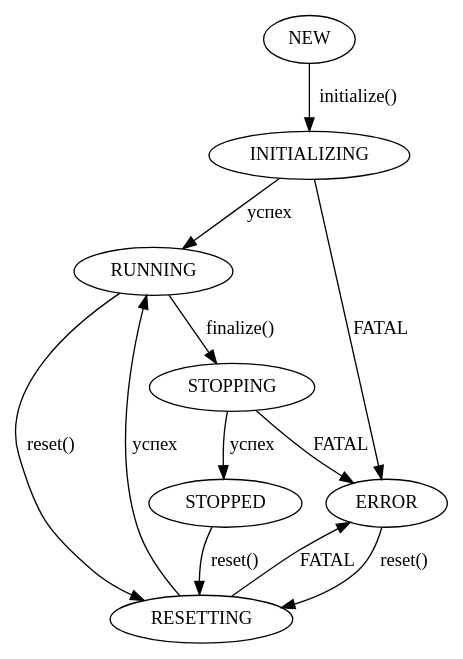
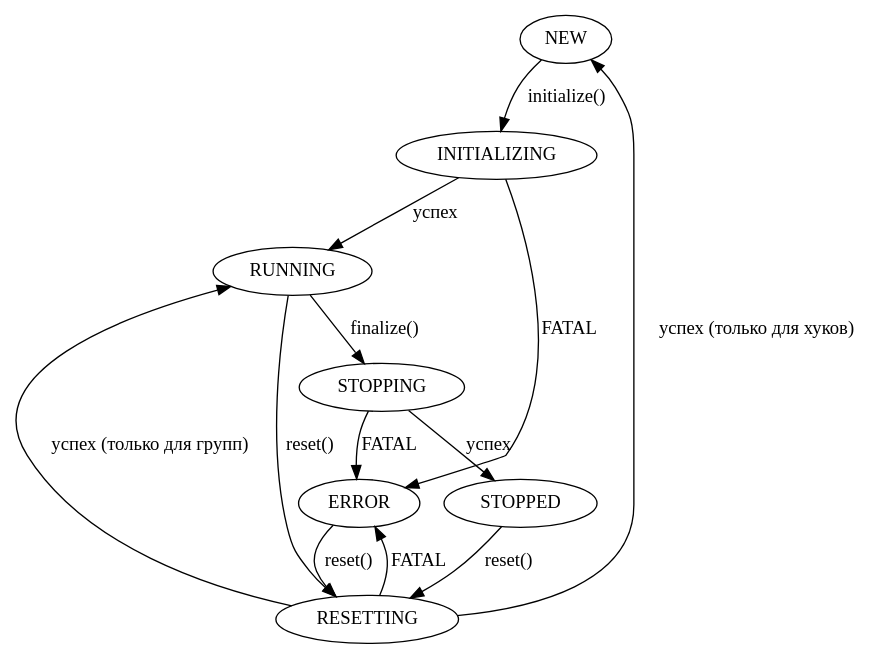
One commit to Romana8192/lifecycle changed the diagram in docs/source/concepts.rst. Above: the diagram before and after it, drawn with Graphviz. The commit also changed other lines of this file and 19 other files, not shown here.

```diff
--- a/docs/source/concepts.rst
+++ b/docs/source/concepts.rst
@@ -41,15 +67,16 @@
 .. graphviz::
 
   digraph states {
       NEW -> INITIALIZING [label="initialize()"];
       INITIALIZING -> RUNNING [label="успех"];
       INITIALIZING -> ERROR [label="FATAL"];
       RUNNING -> STOPPING [label="finalize()"];
       STOPPING -> STOPPED [label="успех"];
       STOPPING -> ERROR [label="FATAL"];
       RUNNING -> RESETTING [label="reset()"];
-      RESETTING -> RUNNING [label="успех"];
+      RESETTING -> RUNNING [label="успех (только для групп)"];
+      RESETTING -> NEW [label="успех (только для хуков)"];
       RESETTING -> ERROR [label="FATAL"];
       ERROR -> RESETTING [label="reset()"];
       STOPPED -> RESETTING [label="reset()"];
   }
```
